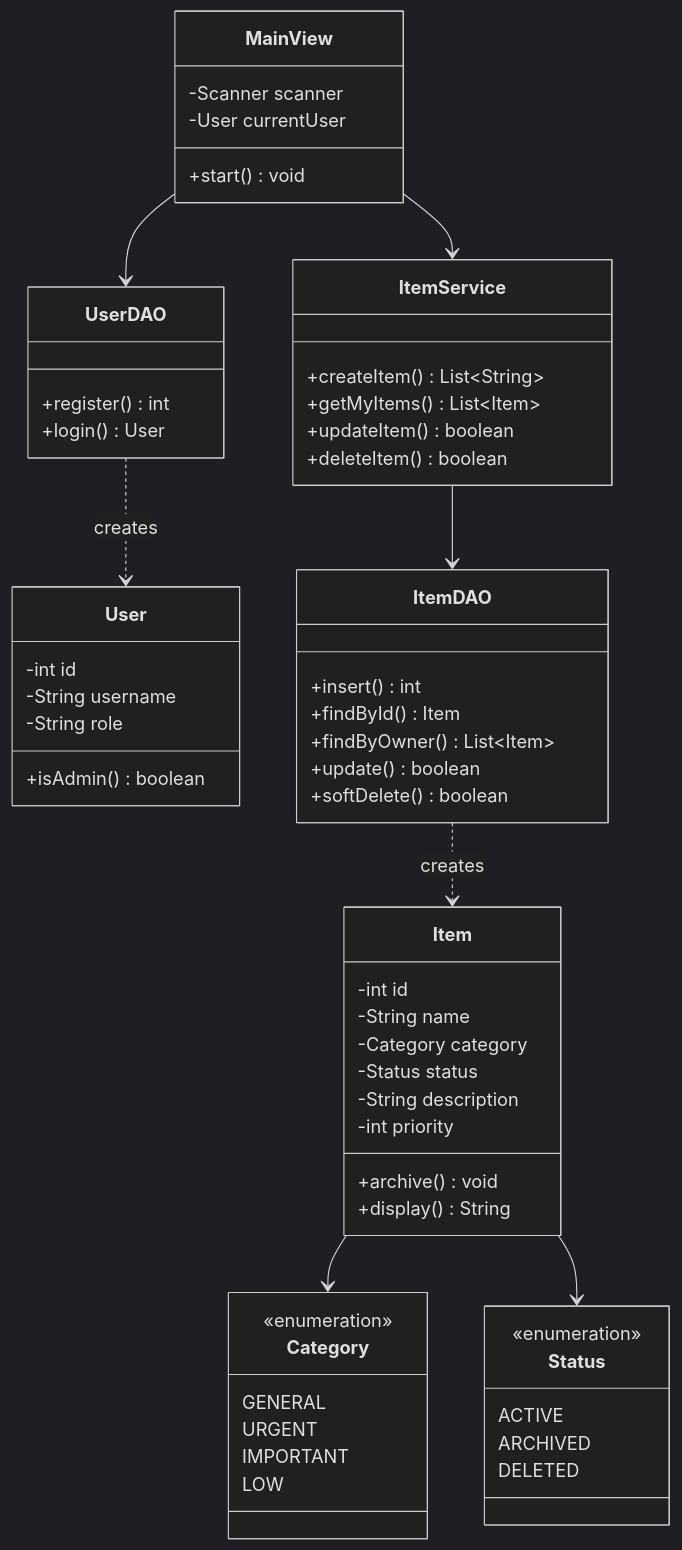
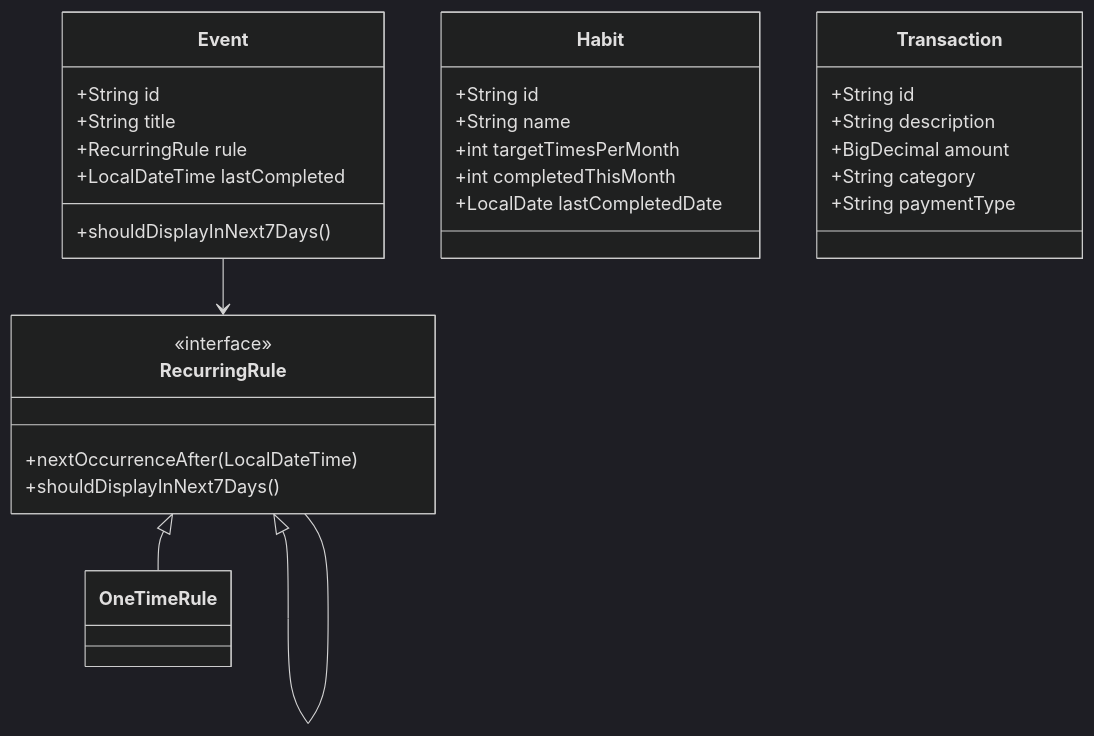
Before and after one commit to haginoonsakura-tech/java-butler: the diagram in README.md, drawn with Mermaid (dark theme). The commit also changed other lines of this file, not shown here.

````diff
--- a/README.md
+++ b/README.md
@@ -91,62 +26,36 @@
 ```mermaid
 classDiagram
-    class User {
-        -int id
-        -String username
-        -String role
-        +isAdmin() boolean
-    }
-    class Item {
-        -int id
-        -String name
-        -Category category
-        -Status status
-        -String description
-        -int priority
-        +archive() void
-        +display() String
-    }
-    class Category {
-        <<enumeration>>
-        GENERAL
-        URGENT
-        IMPORTANT
-        LOW
-    }
-    class Status {
-        <<enumeration>>
-        ACTIVE
-        ARCHIVED
-        DELETED
-    }
-    class UserDAO {
-        +register() int
-        +login() User
-    }
-    class ItemDAO {
-        +insert() int
-        +findById() Item
-        +findByOwner() List~Item~
-        +update() boolean
-        +softDelete() boolean
-    }
-    class ItemService {
-        +createItem() List~String~
-        +getMyItems() List~Item~
-        +updateItem() boolean
-        +deleteItem() boolean
-    }
-    class MainView {
-        -Scanner scanner
-        -User currentUser
-        +start() void
+    class Event {
+        +String id
+        +String title
+        +RecurringRule rule
+        +LocalDateTime lastCompleted
+        +shouldDisplayInNext7Days()
     }
 
-    Item --> Category
-    Item --> Status
-    MainView --> ItemService
-    ItemService --> ItemDAO
-    MainView --> UserDAO
-    ItemDAO ..> Item : creates
-    UserDAO ..> User : creates
+    class Habit {
+        +String id
+        +String name
+        +int targetTimesPerMonth
+        +int completedThisMonth
+        +LocalDate lastCompletedDate
+    }
+
+    class Transaction {
+        +String id
+        +String description
+        +BigDecimal amount
+        +String category
+        +String paymentType
+    }
+
+    class RecurringRule {
+        <<interface>>
+        +nextOccurrenceAfter(LocalDateTime)
+        +shouldDisplayInNext7Days()
+    }
+
+    Event --> RecurringRule
+    RecurringRule <|-- RecurringRule
+    RecurringRule <|-- OneTimeRule
 ```
````
